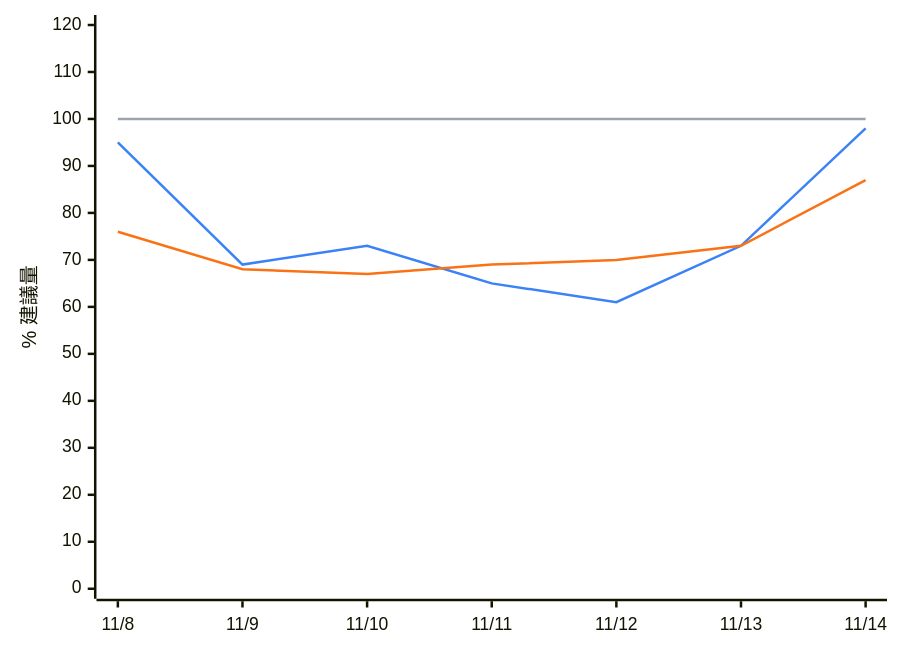
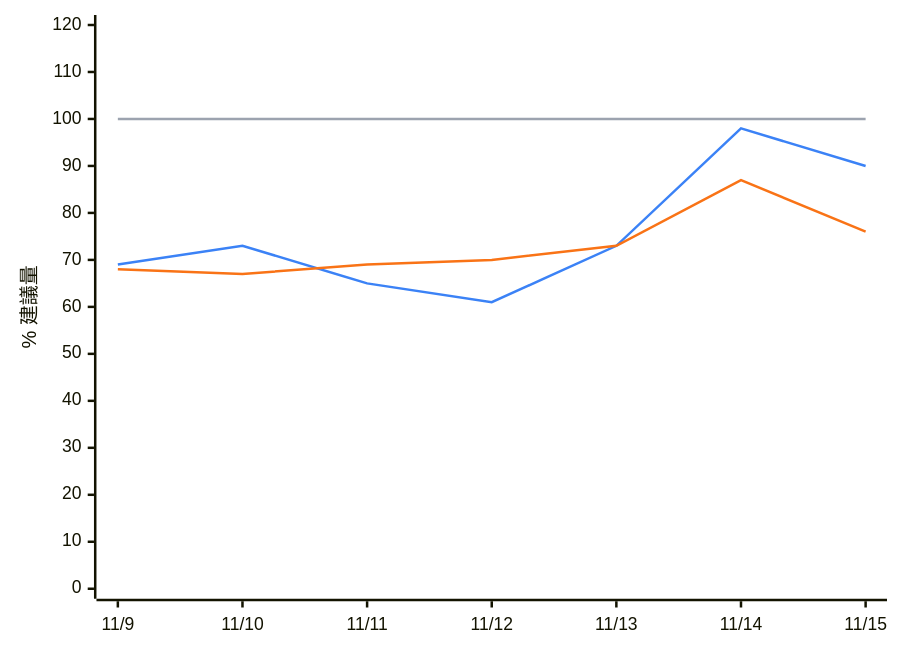
One commit to PorriD63/MinaLisa changed the diagram in README.md. Above: the diagram before and after it, drawn with Mermaid. The commit also changed other lines of this file and 2 other files, not shown here.

````diff
--- a/README.md
+++ b/README.md
@@ -36,9 +27,9 @@
 ```mermaid
 %%{init: {"themeVariables": {"xyChart": {"plotColorPalette": "#3b82f6, #f97316, #9ca3af"}}}}%%
 xychart-beta
-    x-axis ["11/8", "11/9", "11/10", "11/11", "11/12", "11/13", "11/14"]
+    x-axis ["11/9", "11/10", "11/11", "11/12", "11/13", "11/14", "11/15"]
     y-axis "% 建議量" 0 --> 120
-    line [95, 69, 73, 65, 61, 73, 98]
-    line [76, 68, 67, 69, 70, 73, 87]
+    line [69, 73, 65, 61, 73, 98, 90]
+    line [68, 67, 69, 70, 73, 87, 76]
     line [100, 100, 100, 100, 100, 100, 100]
 ```
````
